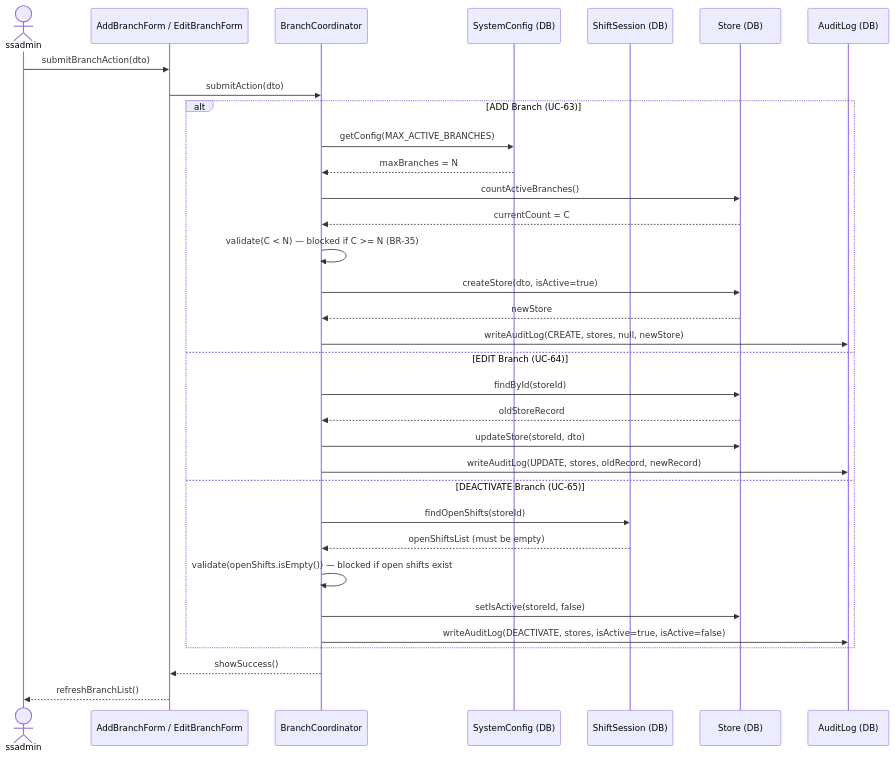
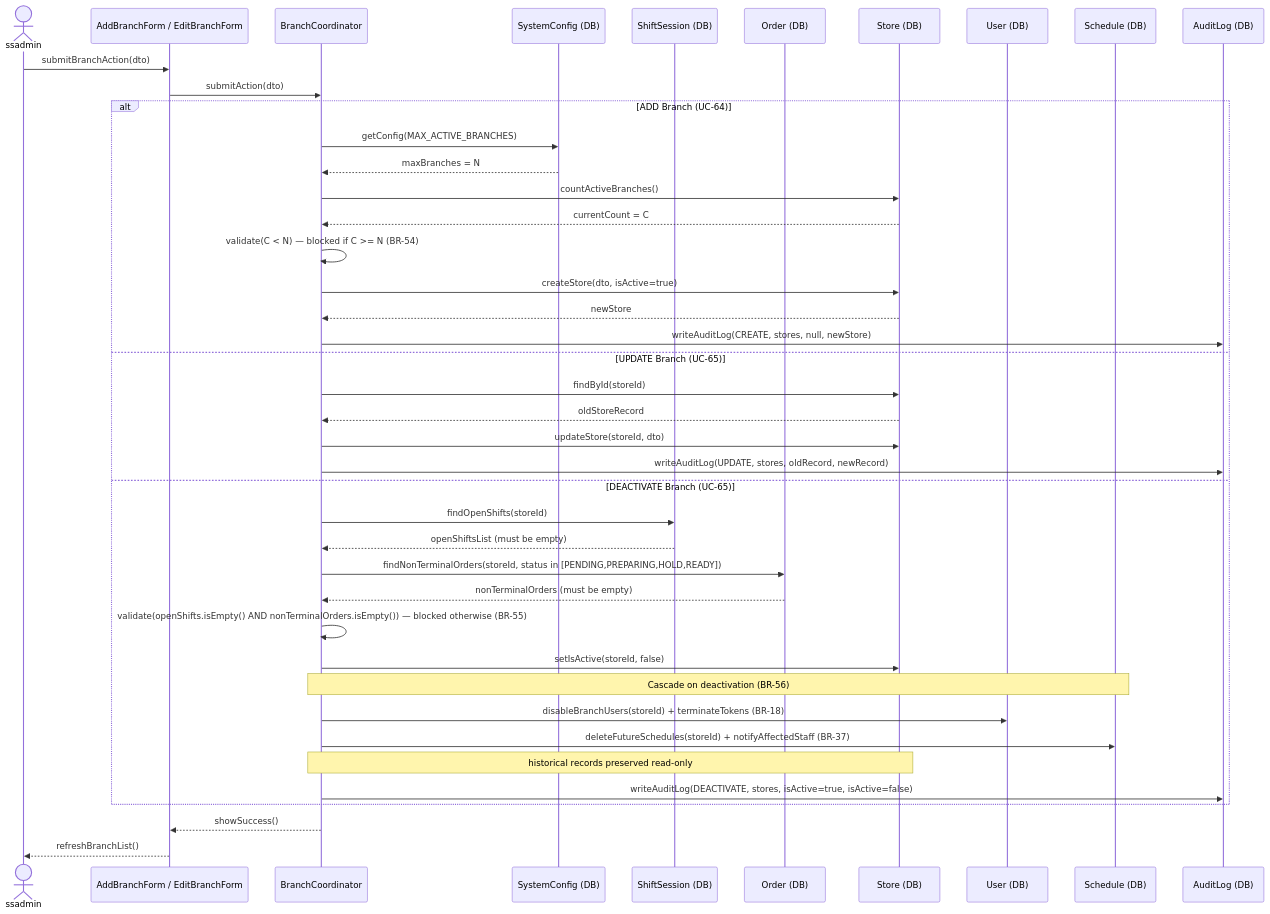
One commit to Shaichi/khoga_cafe changed the third of 3 diagrams in docs/rds_sections/14_detailed_3_11_config_branch.md. Above: the diagram before and after it, drawn with Mermaid. The commit also changed other lines of this file and 22 other files, not shown here.

````diff
--- a/docs/rds_sections/14_detailed_3_11_config_branch.md
+++ b/docs/rds_sections/14_detailed_3_11_config_branch.md
@@ -125,38 +127,47 @@
 ```mermaid
 sequenceDiagram
     actor ssadmin
     participant BranchForm as AddBranchForm / EditBranchForm
     participant BranchCoord as BranchCoordinator
     participant ConfigDB as SystemConfig (DB)
     participant ShiftDB as ShiftSession (DB)
+    participant OrderDB as Order (DB)
     participant StoreDB as Store (DB)
+    participant UserDB as User (DB)
+    participant SchedDB as Schedule (DB)
     participant AuditDB as AuditLog (DB)
 
     ssadmin->>BranchForm: submitBranchAction(dto)
     BranchForm->>BranchCoord: submitAction(dto)
 
-    alt ADD Branch (UC-63)
+    alt ADD Branch (UC-64)
         BranchCoord->>ConfigDB: getConfig(MAX_ACTIVE_BRANCHES)
         ConfigDB-->>BranchCoord: maxBranches = N
         BranchCoord->>StoreDB: countActiveBranches()
         StoreDB-->>BranchCoord: currentCount = C
-        BranchCoord->>BranchCoord: validate(C < N) — blocked if C >= N (BR-35)
+        BranchCoord->>BranchCoord: validate(C < N) — blocked if C >= N (BR-54)
         BranchCoord->>StoreDB: createStore(dto, isActive=true)
         StoreDB-->>BranchCoord: newStore
         BranchCoord->>AuditDB: writeAuditLog(CREATE, stores, null, newStore)
-    else EDIT Branch (UC-64)
+    else UPDATE Branch (UC-65)
         BranchCoord->>StoreDB: findById(storeId)
         StoreDB-->>BranchCoord: oldStoreRecord
         BranchCoord->>StoreDB: updateStore(storeId, dto)
         BranchCoord->>AuditDB: writeAuditLog(UPDATE, stores, oldRecord, newRecord)
     else DEACTIVATE Branch (UC-65)
         BranchCoord->>ShiftDB: findOpenShifts(storeId)
         ShiftDB-->>BranchCoord: openShiftsList (must be empty)
-        BranchCoord->>BranchCoord: validate(openShifts.isEmpty()) — blocked if open shifts exist
+        BranchCoord->>OrderDB: findNonTerminalOrders(storeId, status in [PENDING,PREPARING,HOLD,READY])
+        OrderDB-->>BranchCoord: nonTerminalOrders (must be empty)
+        BranchCoord->>BranchCoord: validate(openShifts.isEmpty() AND nonTerminalOrders.isEmpty()) — blocked otherwise (BR-55)
         BranchCoord->>StoreDB: setIsActive(storeId, false)
+        Note over BranchCoord,SchedDB: Cascade on deactivation (BR-56)
+        BranchCoord->>UserDB: disableBranchUsers(storeId) + terminateTokens (BR-18)
+        BranchCoord->>SchedDB: deleteFutureSchedules(storeId) + notifyAffectedStaff (BR-37)
+        Note over BranchCoord,StoreDB: historical records preserved read-only
         BranchCoord->>AuditDB: writeAuditLog(DEACTIVATE, stores, isActive=true, isActive=false)
     end
 
     BranchCoord-->>BranchForm: showSuccess()
     BranchForm-->>ssadmin: refreshBranchList()
 ```
````
